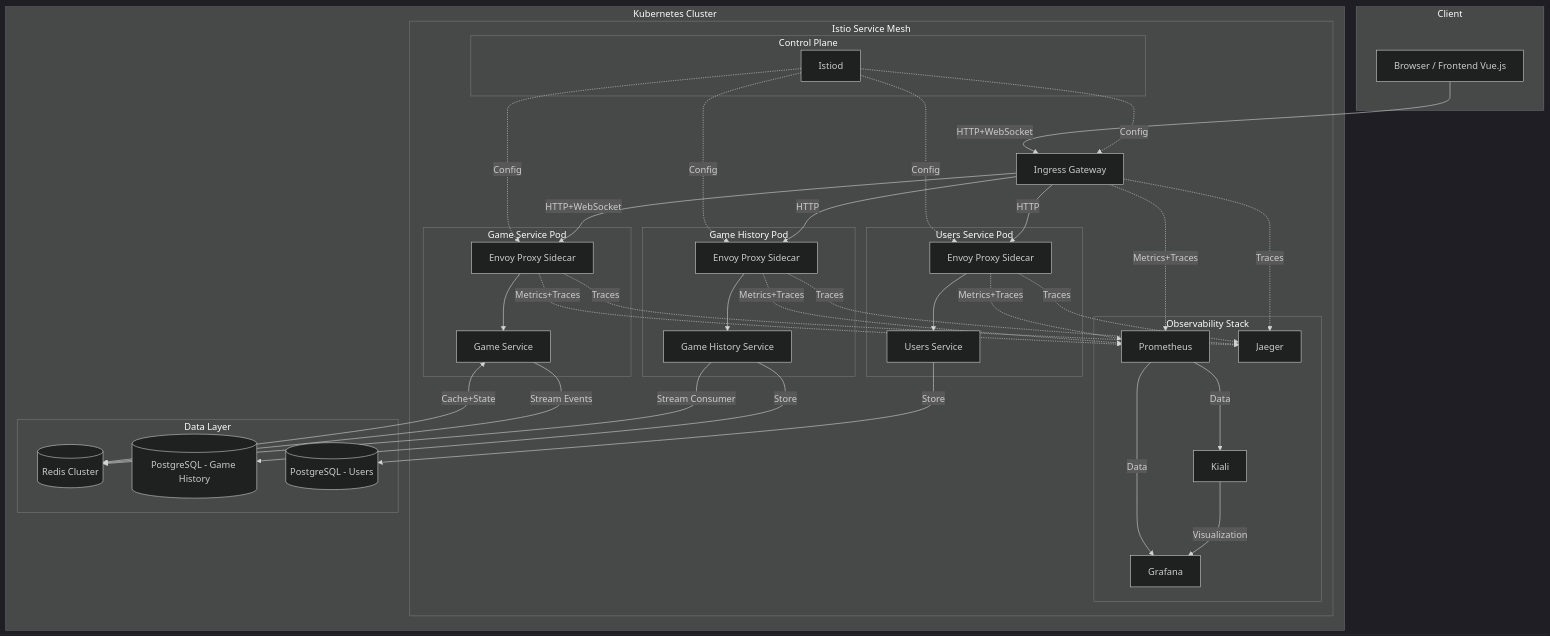
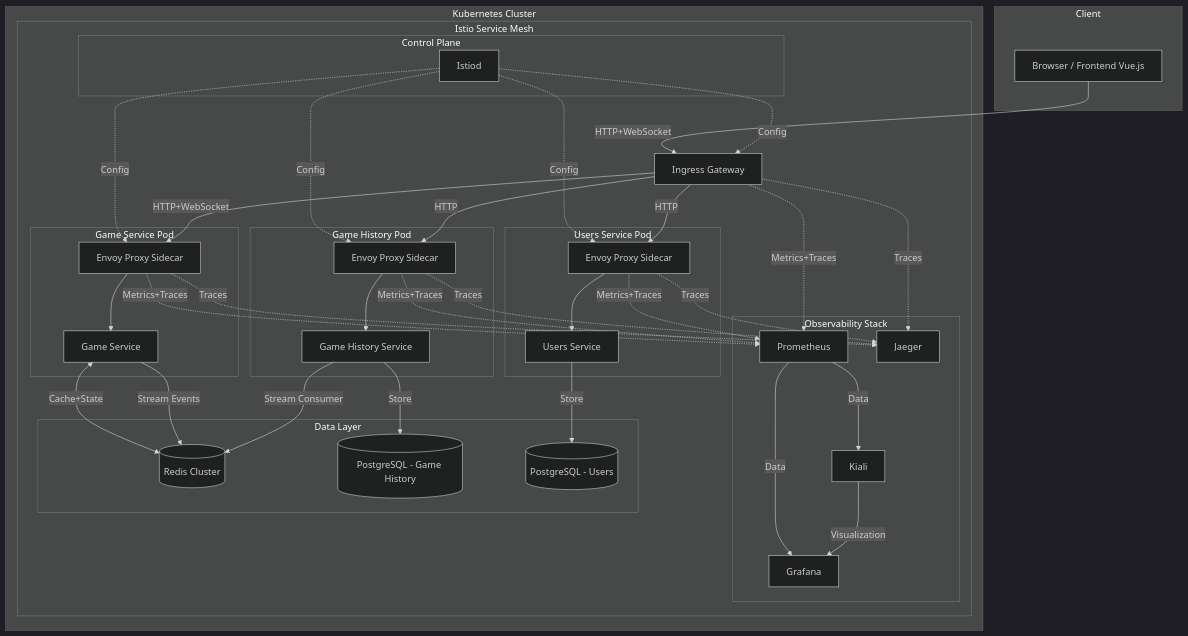
One commit to karchevskii/disributed_systems changed the diagram in README.md. Above: the diagram before and after it, drawn with Mermaid (dark theme). The commit also changed other lines of this file, not shown here.

```diff
--- a/README.md
+++ b/README.md
@@ -39,17 +39,17 @@
   subgraph "Kubernetes Cluster"
     subgraph "Istio Service Mesh"
       B[Ingress Gateway]
-      
+
       subgraph "Users Service Pod"
         C[Users Service]
         CP[Envoy Proxy Sidecar]
       end
-      
+
       subgraph "Game Service Pod"
         D[Game Service]
         DP[Envoy Proxy Sidecar]
       end
-      
+
       subgraph "Game History Pod"
         E[Game History Service]
         EP[Envoy Proxy Sidecar]
@@ -58,48 +58,48 @@
       subgraph "Control Plane"
         IC[Istiod]
       end
-      
+
       subgraph "Observability Stack"
         PR[Prometheus]
         GR[Grafana]
         KI[Kiali]
         JA[Jaeger]
       end
-    end
-    
+
     subgraph "Data Layer"
       R[(Redis Cluster)]
       P1[(PostgreSQL - Game History)]
       P2[(PostgreSQL - Users)]
     end
-  end
-  
+    end
+    end
+
   %% Client to Gateway connections
   A -->|HTTP+WebSocket| B
-  
+
   %% Control Plane connections
   IC -.->|Config| CP
   IC -.->|Config| DP
   IC -.->|Config| EP
   IC -.->|Config| B
-  
+
   %% Gateway to services
   B -->|HTTP| CP
   B -->|HTTP+WebSocket| DP
   B -->|HTTP| EP
-  
+
   %% Service to sidecar to service communication
   CP --> C
   DP --> D
   EP --> E
-  
+
   %% Data connections
   D <-->|Cache+State| R
   E -->|Store| P1
   C -->|Store| P2
   D -->|Stream Events| R
   E -->|Stream Consumer| R
-  
+
   %% Observability connections
   CP -.->|Metrics+Traces| PR
   DP -.->|Metrics+Traces| PR
```
